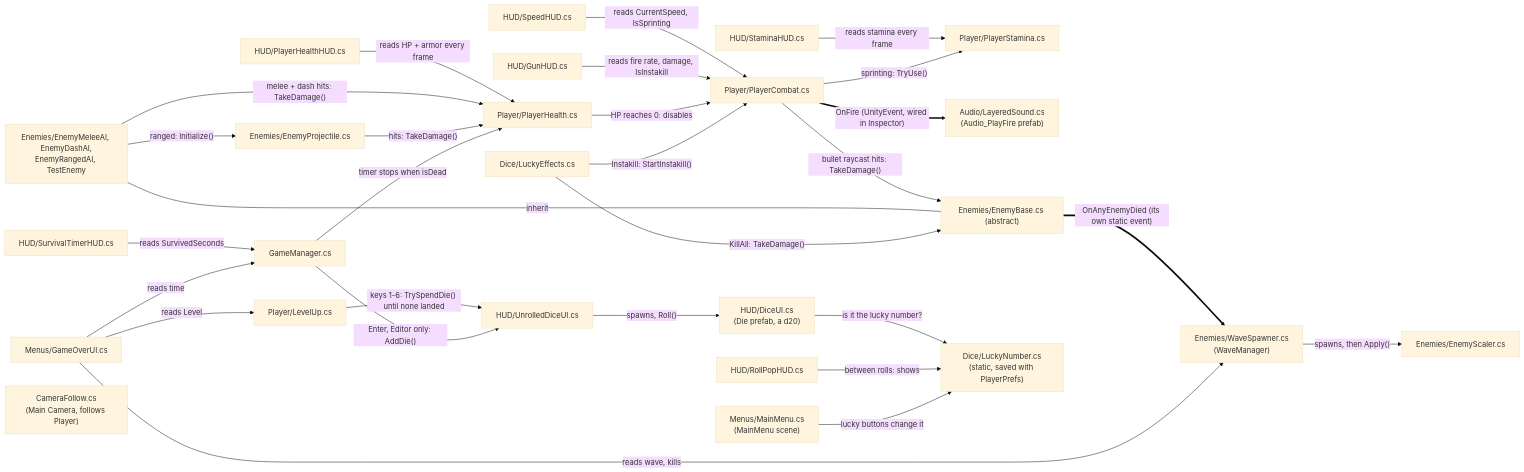
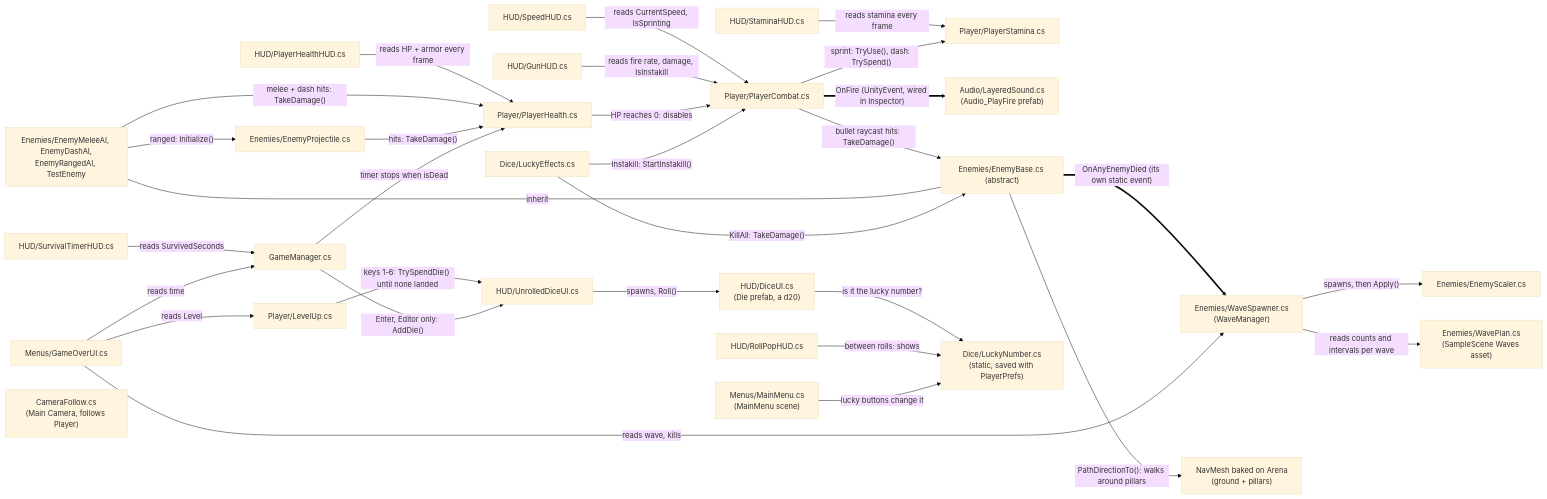
Before and after one commit to Lukebonn/Unity-Game-Jam: the second of 3 diagrams in README.md, drawn with Mermaid (base theme). The commit also changed other lines of this file and 46 other files, not shown here.

````diff
--- a/README.md
+++ b/README.md
@@ -43,31 +43,33 @@
 ```mermaid
 flowchart LR
     HHUD["HUD/PlayerHealthHUD.cs"] -->|"reads HP + armor every frame"| PH["Player/PlayerHealth.cs"]
     SHUD["HUD/StaminaHUD.cs"] -->|"reads stamina every frame"| PS["Player/PlayerStamina.cs"]
     SPD["HUD/SpeedHUD.cs"] -->|"reads CurrentSpeed, IsSprinting"| PC["Player/PlayerCombat.cs"]
     GUN["HUD/GunHUD.cs"] -->|"reads fire rate, damage, IsInstakill"| PC
-    PC -->|"sprinting: TryUse()"| PS
+    PC -->|"sprint: TryUse(), dash: TrySpend()"| PS
     PH -->|"HP reaches 0: disables"| PC
     PC ==>|"OnFire (UnityEvent, wired in Inspector)"| LS["Audio/LayeredSound.cs<br/>(Audio_PlayFire prefab)"]
     PC -->|"bullet raycast hits: TakeDamage()"| EB["Enemies/EnemyBase.cs (abstract)"]
     AI["Enemies/EnemyMeleeAI, EnemyDashAI,<br/>EnemyRangedAI, TestEnemy"] ---|"inherit"| EB
     AI -->|"melee + dash hits: TakeDamage()"| PH
     AI -->|"ranged: Initialize()"| PROJ["Enemies/EnemyProjectile.cs"]
     PROJ -->|"hits: TakeDamage()"| PH
     WS["Enemies/WaveSpawner.cs<br/>(WaveManager)"] -->|"spawns, then Apply()"| ESC["Enemies/EnemyScaler.cs"]
+    WS -->|"reads counts and intervals per wave"| WP["Enemies/WavePlan.cs<br/>(SampleScene Waves asset)"]
     EB ==>|"OnAnyEnemyDied (its own static event)"| WS
+    EB -->|"PathDirectionTo(): walks around pillars"| NAV["NavMesh baked on Arena<br/>(ground + pillars)"]
     LU["Player/LevelUp.cs"] -->|"keys 1-6: TrySpendDie() until none landed"| TRAY["HUD/UnrolledDiceUI.cs"]
     TRAY -->|"spawns, Roll()"| DIE["HUD/DiceUI.cs<br/>(Die prefab, a d20)"]
     DIE -->|"is it the lucky number?"| LN["Dice/LuckyNumber.cs<br/>(static, saved with PlayerPrefs)"]
     LE["Dice/LuckyEffects.cs"] -->|"KillAll: TakeDamage()"| EB
     LE -->|"Instakill: StartInstakill()"| PC
     GM["GameManager.cs"] -->|"Enter, Editor only: AddDie()"| TRAY
     GM -->|"timer stops when isDead"| PH
     POP["HUD/RollPopHUD.cs"] -->|"between rolls: shows"| LN
     TIME["HUD/SurvivalTimerHUD.cs"] -->|"reads SurvivedSeconds"| GM
     GO["Menus/GameOverUI.cs"] -->|"reads time"| GM
     GO -->|"reads wave, kills"| WS
     GO -->|"reads Level"| LU
     MM["Menus/MainMenu.cs<br/>(MainMenu scene)"] -->|"lucky buttons change it"| LN
     CAM["CameraFollow.cs<br/>(Main Camera, follows Player)"]
 ```
````
